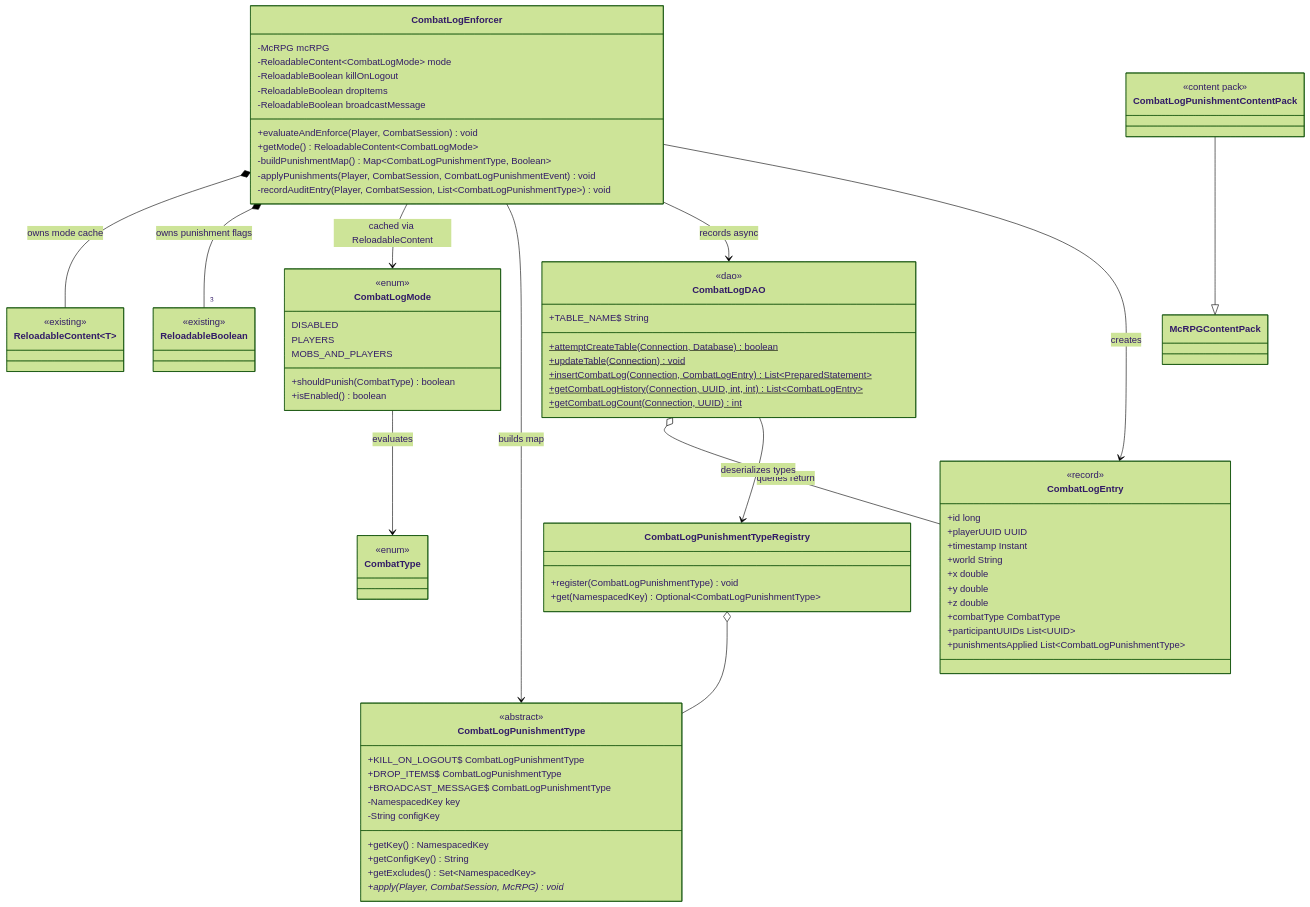
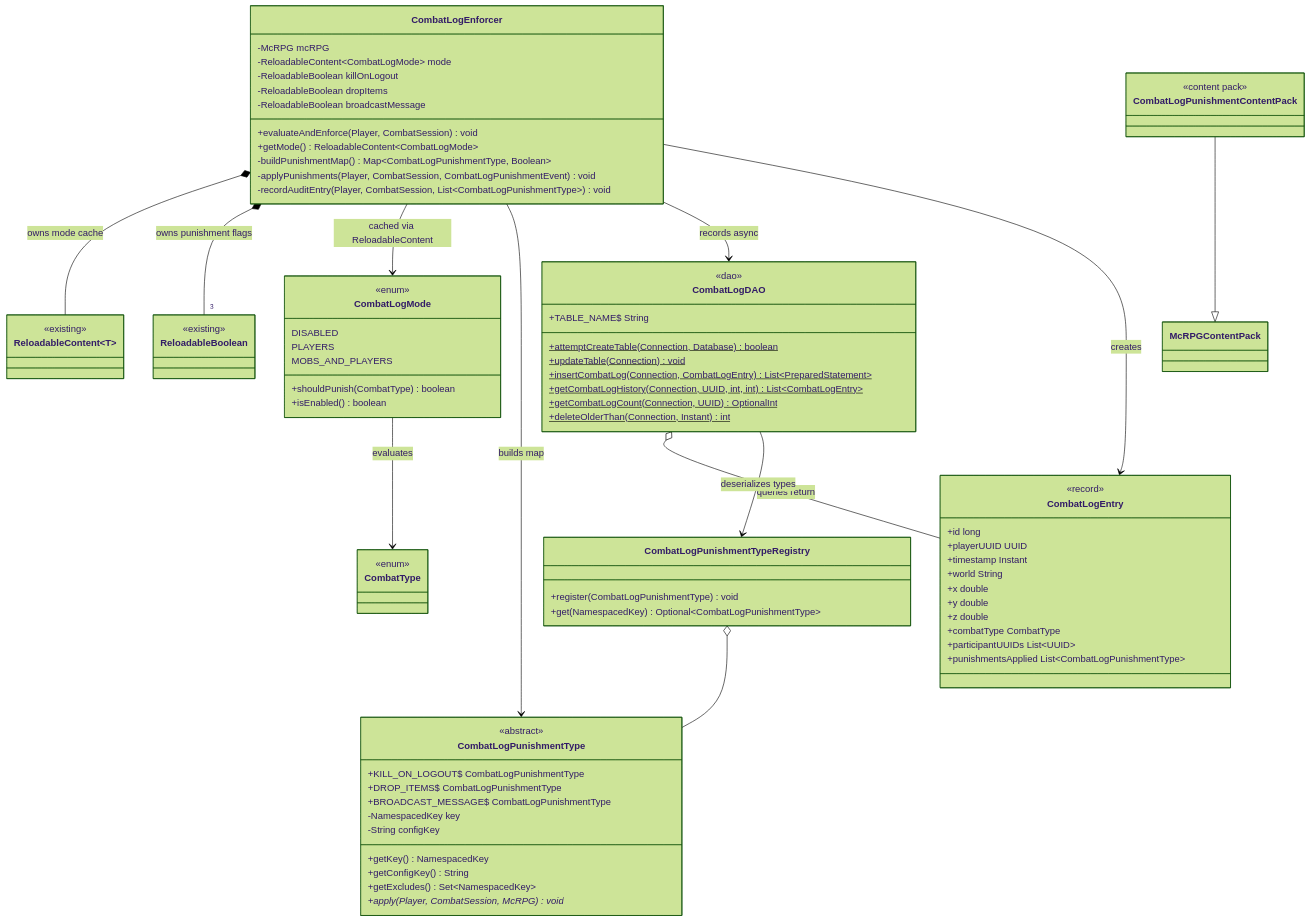
One commit to DiamondDagger590/McRPG changed the first of 4 diagrams in docs/lld/combat-tracker/phase-3-combat-log-and-display.md. Above: the diagram before and after it, drawn with Mermaid (forest theme). The commit also changed other lines of this file and 51 other files, not shown here.

First line of the commit message:
Implement combat log detection and punishment system (#322)

```diff
--- a/docs/lld/combat-tracker/phase-3-combat-log-and-display.md
+++ b/docs/lld/combat-tracker/phase-3-combat-log-and-display.md
@@ -141,7 +141,8 @@
         +updateTable(Connection)$ void
         +insertCombatLog(Connection, CombatLogEntry)$ List~PreparedStatement~
         +getCombatLogHistory(Connection, UUID, int, int)$ List~CombatLogEntry~
-        +getCombatLogCount(Connection, UUID)$ int
+        +getCombatLogCount(Connection, UUID)$ OptionalInt
+        +deleteOlderThan(Connection, Instant)$ int
     }
 
     class CombatType {
```
